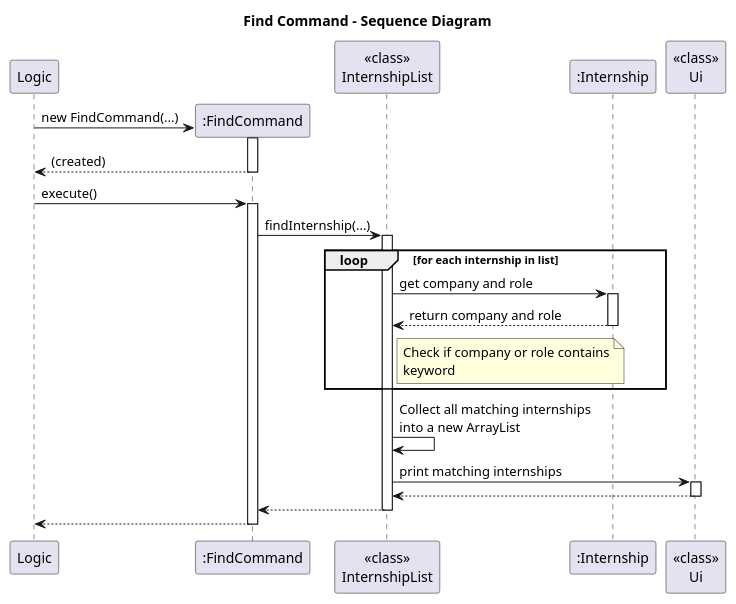
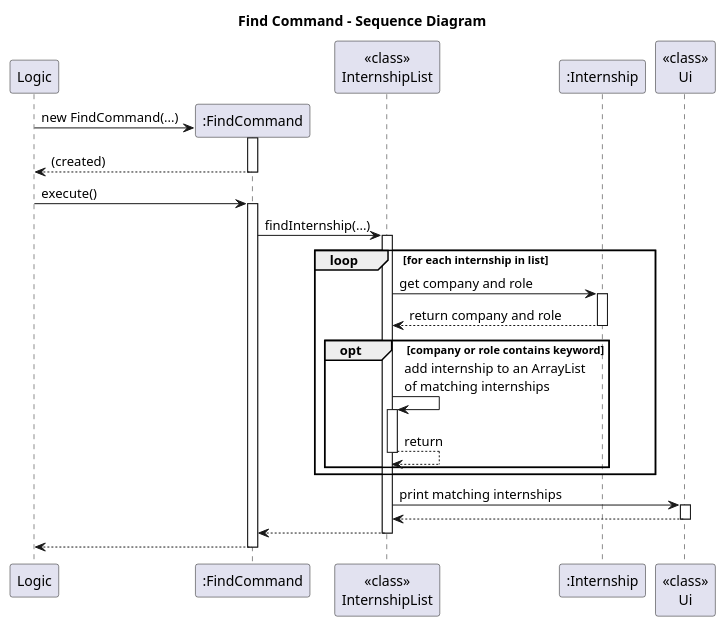
One commit to AY2526S1-CS2113-W14-4/tp changed the diagram in docs/diagrams/FindCommandSD.puml. Above: the diagram before and after it, drawn with PlantUML.

Commit message:
Use opt path representation (FindCommand Sequence Diagram)

```diff
--- a/docs/diagrams/FindCommandSD.puml
+++ b/docs/diagrams/FindCommandSD.puml
@@ -1,41 +1,44 @@
 @startuml
 title Find Command - Sequence Diagram
 
 participant Logic
 participant ":FindCommand" as FC
 participant "<<class>>\nInternshipList" as IL
 participant ":Internship" as IN
 participant "<<class>>\nUi" as Ui
 
 Logic -> FC**: new FindCommand(...)
 activate FC
 return (created)
 
 Logic -> FC: execute()
 activate FC
 
 FC -> IL: findInternship(...)
 activate IL
 
 loop for each internship in list
     IL -> IN: get company and role
     activate IN
     IN --> IL: return company and role
     deactivate IN
-    note right of IL: Check if company or role contains\nkeyword
+    opt company or role contains keyword
+        IL -> IL: add internship to an ArrayList\nof matching internships
+        activate IL
+        IL --> IL: return
+        deactivate IL
+    end
 end
-
-IL -> IL: Collect all matching internships\ninto a new ArrayList
 
 IL -> Ui: print matching internships
 activate Ui
 Ui --> IL
 deactivate Ui
 
 IL --> FC
 deactivate IL
 
 FC --> Logic
 deactivate FC
 
 @enduml
```
